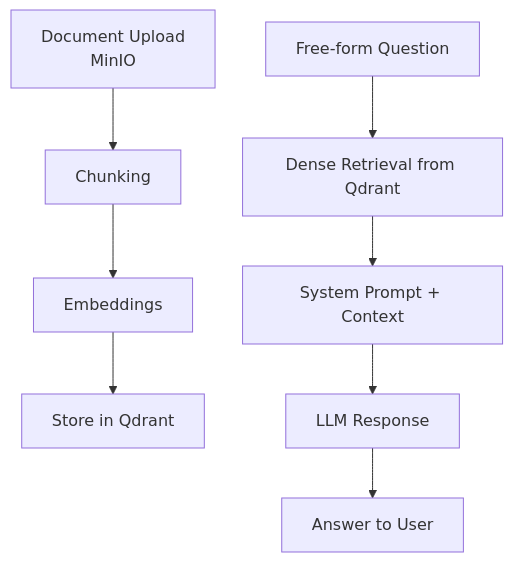
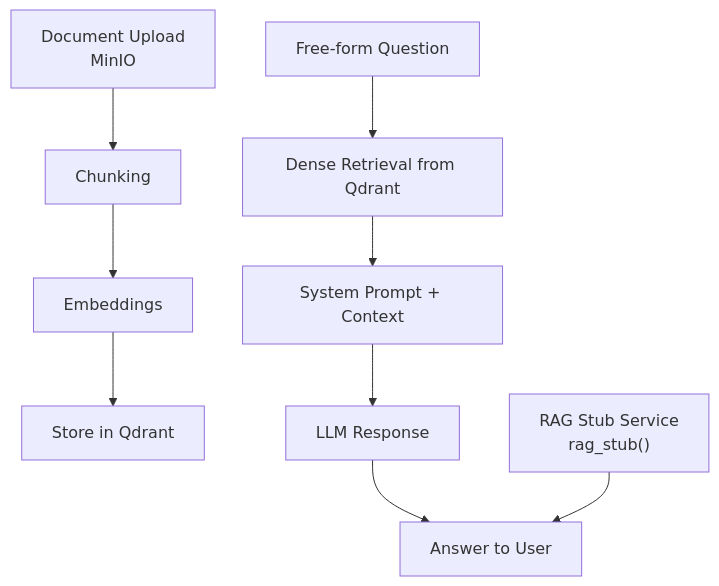
The sixth of 12 diagrams in .qoder/repowiki/en/content/RAG Integration.md (ognelis/cafetera_hr_bot), drawn with Mermaid before and after one commit. The commit also changed other lines of this file and 15 other files, not shown here.

````diff
--- a/.qoder/repowiki/en/content/RAG Integration.md
+++ b/.qoder/repowiki/en/content/RAG Integration.md
@@ -231,10 +312,11 @@
 ```mermaid
 flowchart TD
 DocIngest["Document Upload<br/>MinIO"] --> Chunk["Chunking"]
 Chunk --> Embed["Embeddings"]
 Embed --> Store["Store in Qdrant"]
 UserQuery["Free-form Question"] --> Retrieve["Dense Retrieval from Qdrant"]
 Retrieve --> Prompt["System Prompt + Context"]
 Prompt --> LLM["LLM Response"]
 LLM --> Answer["Answer to User"]
+Stub["RAG Stub Service<br/>rag_stub()"] --> Answer
 ```
````
